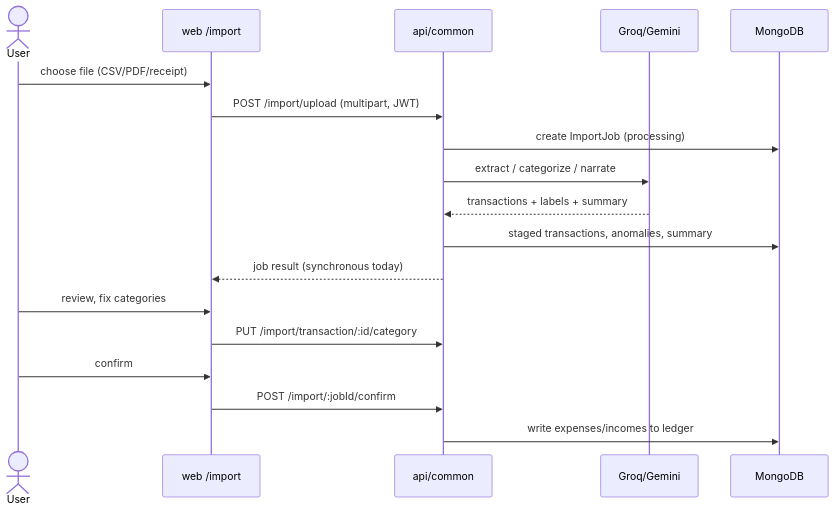
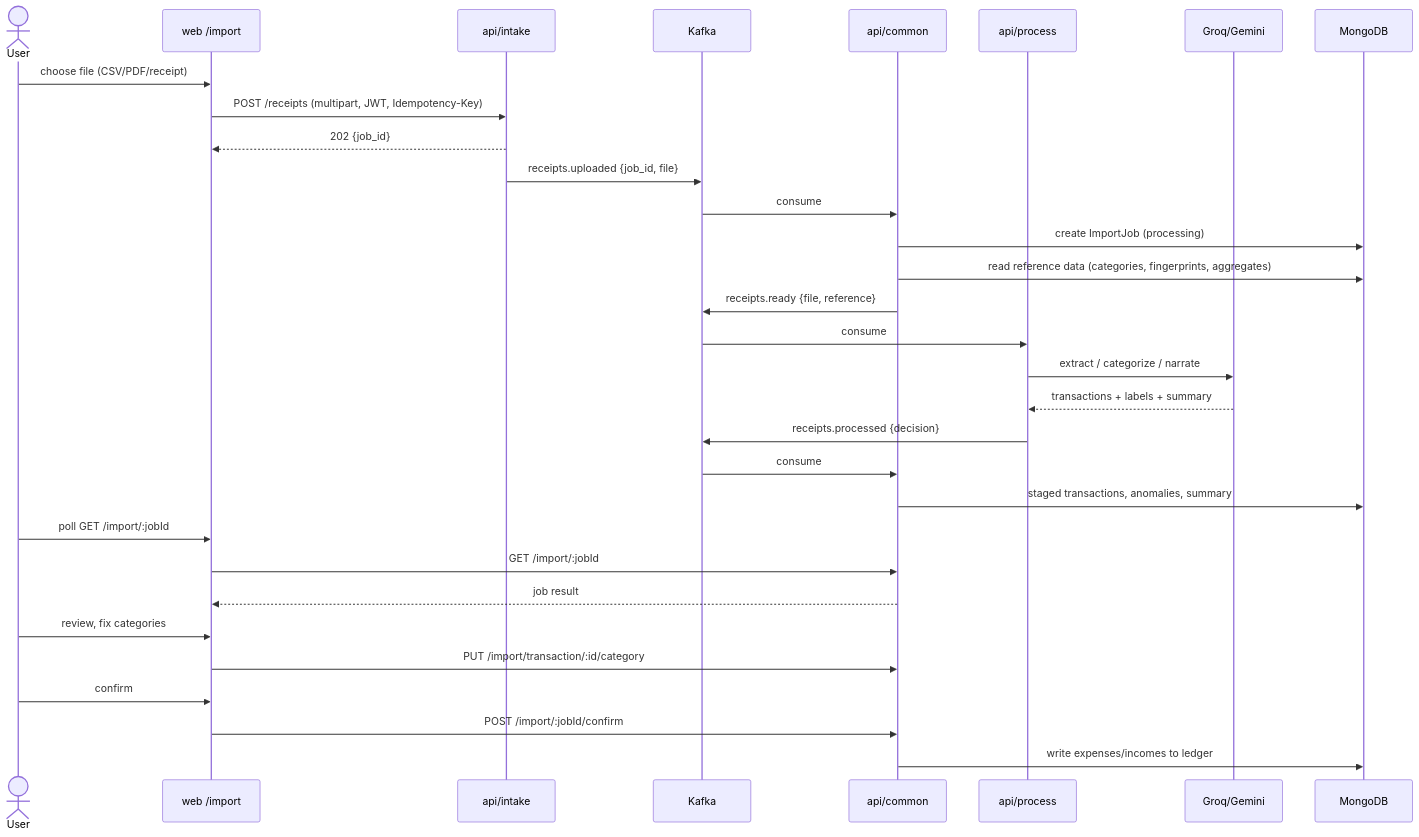
The fourth of 7 diagrams in docs/architecture.md (cuesoftinc/expendit), drawn with Mermaid before and after one commit. The commit also changed other lines of this file and 68 other files, not shown here.

````diff
--- a/docs/architecture.md
+++ b/docs/architecture.md
@@ -146,21 +219,34 @@
 ```mermaid
 sequenceDiagram
     actor U as User
     participant W as web /import
+    participant I as api/intake
+    participant K as Kafka
     participant A as api/common
+    participant P as api/process
     participant AI as Groq/Gemini
     participant M as MongoDB
 
     U->>W: choose file (CSV/PDF/receipt)
-    W->>A: POST /import/upload (multipart, JWT)
+    W->>I: POST /receipts (multipart, JWT, Idempotency-Key)
+    I-->>W: 202 {job_id}
+    I->>K: receipts.uploaded {job_id, file}
+    K->>A: consume
     A->>M: create ImportJob (processing)
-    A->>AI: extract / categorize / narrate
-    AI-->>A: transactions + labels + summary
+    A->>M: read reference data (categories, fingerprints, aggregates)
+    A->>K: receipts.ready {file, reference}
+    K->>P: consume
+    P->>AI: extract / categorize / narrate
+    AI-->>P: transactions + labels + summary
+    P->>K: receipts.processed {decision}
+    K->>A: consume
     A->>M: staged transactions, anomalies, summary
-    A-->>W: job result (synchronous today)
+    U->>W: poll GET /import/:jobId
+    W->>A: GET /import/:jobId
+    A-->>W: job result
     U->>W: review, fix categories
     W->>A: PUT /import/transaction/:id/category
     U->>W: confirm
     W->>A: POST /import/:jobId/confirm
     A->>M: write expenses/incomes to ledger
 ```
````
